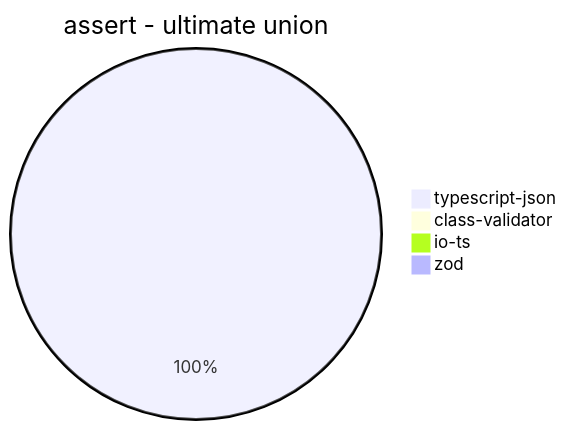
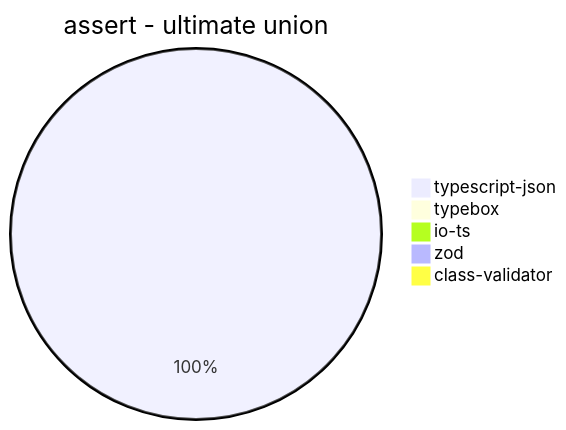
Before and after one commit to samchon/typia: diagram 16 of 39 in benchmark/results/11th Gen Intel(R) Core(TM) i5-1135G7 @ 2.40GHz.md, drawn with Mermaid. The commit also changed other lines of this file and 16 other files, not shown here.

````diff
--- a/benchmark/results/11th Gen Intel(R) Core(TM) i5-1135G7 @ 2.40GHz.md
+++ b/benchmark/results/11th Gen Intel(R) Core(TM) i5-1135G7 @ 2.40GHz.md
@@ -181,7 +196,8 @@
 ```mermaid
 pie title assert - ultimate union
-  "typescript-json": 249.2340962335556
-  "class-validator": 0
+  "typescript-json": 230.2132273220094
+  "typebox": 0
   "io-ts": 0
   "zod": 0
+  "class-validator": 0
 ```
````
